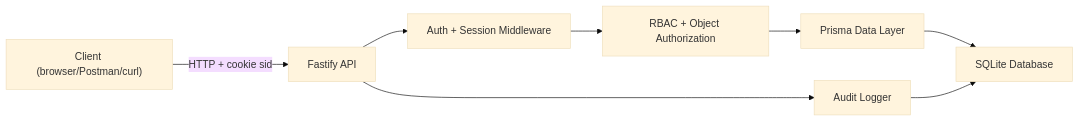
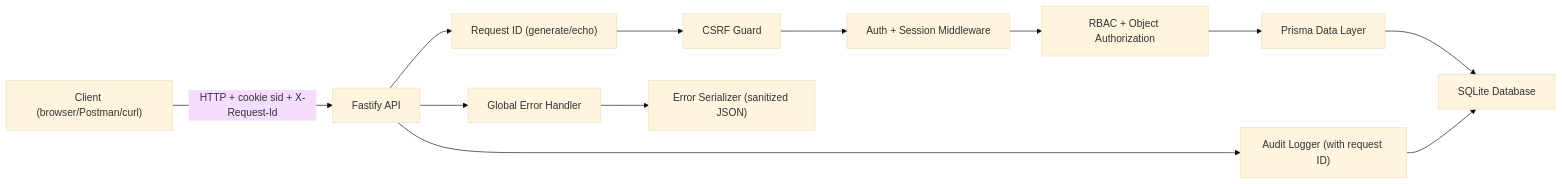
Before and after one commit to nodirumurkulov/authn-authz-security: the diagram in docs/ARCHITECTURE.md, drawn with Mermaid (base theme). The commit also changed other lines of this file, not shown here.

Commit message:
docs: update architecture diagram, security control map, and module list

````diff
--- a/docs/ARCHITECTURE.md
+++ b/docs/ARCHITECTURE.md
@@ -5,10 +5,14 @@
 ```mermaid
 flowchart LR
-  BrowserClient["Client (browser/Postman/curl)"] -->|"HTTP + cookie sid"| FastifyApi["Fastify API"]
-  FastifyApi --> AuthLayer["Auth + Session Middleware"]
+  BrowserClient["Client (browser/Postman/curl)"] -->|"HTTP + cookie sid + X-Request-Id"| FastifyApi["Fastify API"]
+  FastifyApi --> RequestId["Request ID (generate/echo)"]
+  RequestId --> CsrfCheck["CSRF Guard"]
+  CsrfCheck --> AuthLayer["Auth + Session Middleware"]
   AuthLayer --> RbacLayer["RBAC + Object Authorization"]
   RbacLayer --> PrismaLayer["Prisma Data Layer"]
   PrismaLayer --> SqliteDb["SQLite Database"]
-  FastifyApi --> AuditWriter["Audit Logger"]
+  FastifyApi --> ErrorHandler["Global Error Handler"]
+  ErrorHandler --> ErrorSerializer["Error Serializer (sanitized JSON)"]
+  FastifyApi --> AuditWriter["Audit Logger (with request ID)"]
   AuditWriter --> SqliteDb
 ```
````
